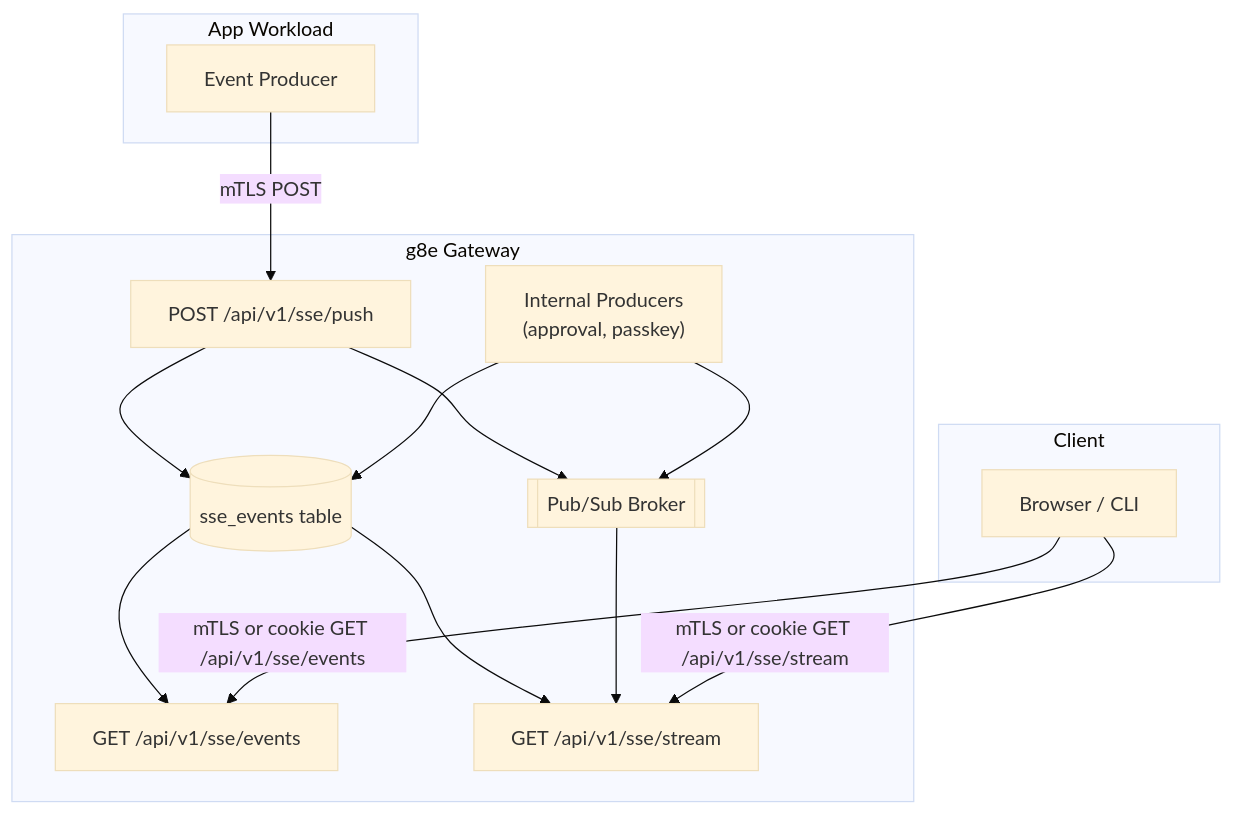
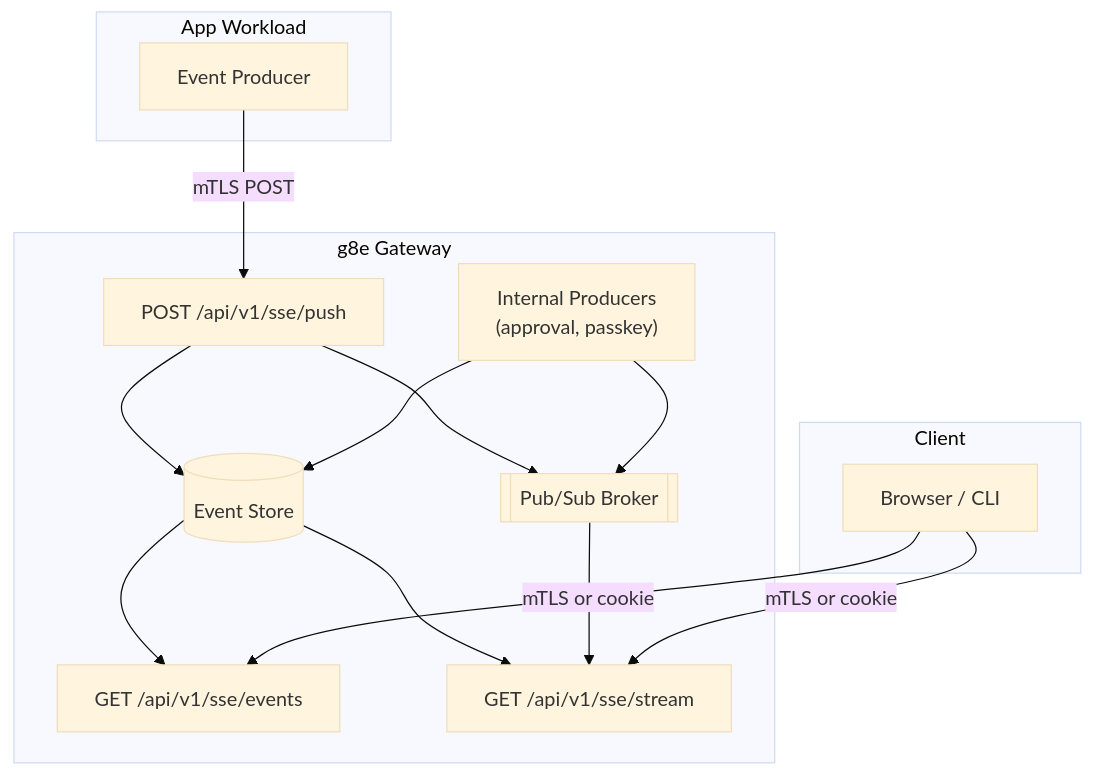
The diagram in docs/architecture/sse.md (g8e-ai/g8e), drawn with Mermaid (base theme) before and after one commit. The commit also changed other lines of this file and 137 other files, not shown here.

````diff
--- a/docs/architecture/sse.md
+++ b/docs/architecture/sse.md
@@ -31,30 +33,30 @@
 ```mermaid
 flowchart TD
     subgraph App ["App Workload"]
         producer["Event Producer"]
     end
 
     subgraph Gateway ["g8e Gateway"]
         push["POST /api/v1/sse/push"]
         internal["Internal Producers\n(approval, passkey)"]
-        db[("sse_events table")]
+        db[("Event Store")]
         events["GET /api/v1/sse/events"]
         stream["GET /api/v1/sse/stream"]
         pubsub[["Pub/Sub Broker"]]
     end
 
     subgraph Client ["Client"]
         browser["Browser / CLI"]
     end
 
     producer -- "mTLS POST" --> push
     push --> db
     push --> pubsub
     internal --> db
     internal --> pubsub
     db --> events
     db --> stream
     pubsub --> stream
-    browser -- "mTLS or cookie GET /api/v1/sse/stream" --> stream
-    browser -- "mTLS or cookie GET /api/v1/sse/events" --> events
+    browser -- "mTLS or cookie" --> stream
+    browser -- "mTLS or cookie" --> events
 ```
````
